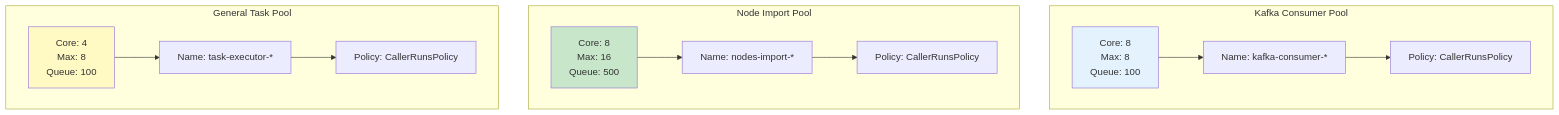
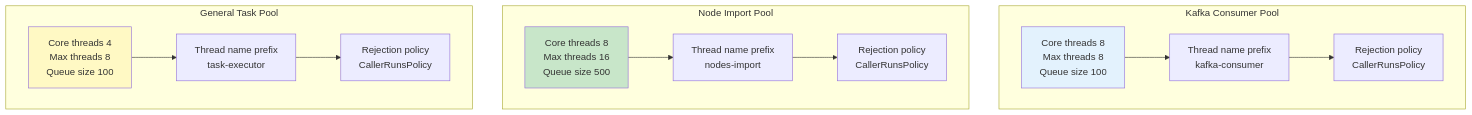
Diagram 31 of 32 in docs/Low Level Designs/NodesImport.md (kagit00/schedule_x), drawn with Mermaid before and after one commit.

````diff
--- a/docs/Low Level Designs/NodesImport.md
+++ b/docs/Low Level Designs/NodesImport.md
@@ -1449,33 +1449,34 @@
 ```mermaid
 graph TB
     subgraph "Kafka Consumer Pool"
-        K1[Core: 8<br/>Max: 8<br/>Queue: 100]
-        K2[Name: kafka-consumer-*]
-        K3[Policy: CallerRunsPolicy]
+        K1["Core threads 8<br/>Max threads 8<br/>Queue size 100"]
+        K2["Thread name prefix<br/>kafka-consumer"]
+        K3["Rejection policy<br/>CallerRunsPolicy"]
     end
-    
+
     subgraph "Node Import Pool"
-        N1[Core: 8<br/>Max: 16<br/>Queue: 500]
-        N2[Name: nodes-import-*]
-        N3[Policy: CallerRunsPolicy]
+        N1["Core threads 8<br/>Max threads 16<br/>Queue size 500"]
+        N2["Thread name prefix<br/>nodes-import"]
+        N3["Rejection policy<br/>CallerRunsPolicy"]
     end
-    
+
     subgraph "General Task Pool"
-        G1[Core: 4<br/>Max: 8<br/>Queue: 100]
-        G2[Name: task-executor-*]
-        G3[Policy: CallerRunsPolicy]
+        G1["Core threads 4<br/>Max threads 8<br/>Queue size 100"]
+        G2["Thread name prefix<br/>task-executor"]
+        G3["Rejection policy<br/>CallerRunsPolicy"]
     end
-    
+
     K1 --> K2
     K2 --> K3
-    
+
     N1 --> N2
     N2 --> N3
-    
+
     G1 --> G2
     G2 --> G3
-    
+
     style K1 fill:#E3F2FD
     style N1 fill:#C8E6C9
     style G1 fill:#FFF9C4
+
 ```
````
